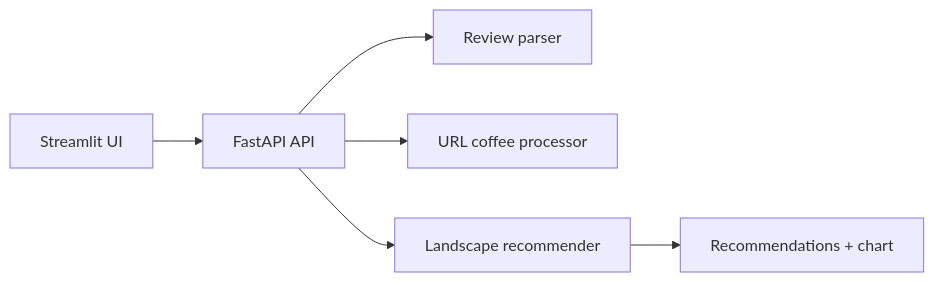
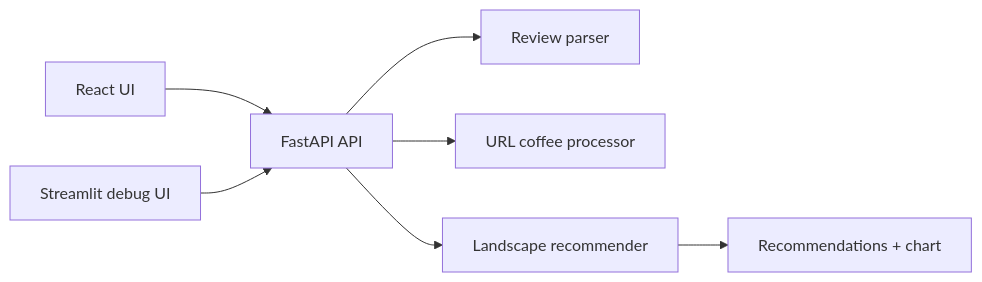
One commit to hussainios/coffee-recommender changed the diagram in README.md. Above: the diagram before and after it, drawn with Mermaid. The commit also changed other lines of this file and 20 other files, not shown here.

````diff
--- a/README.md
+++ b/README.md
@@ -5,8 +5,9 @@
 ```mermaid
 flowchart LR
-    A["Streamlit UI"] --> B["FastAPI API"]
+    A["React UI"] --> B["FastAPI API"]
+    G["Streamlit debug UI"] --> B
     B --> C["Review parser"]
     B --> D["URL coffee processor"]
     B --> E["Landscape recommender"]
     E --> F["Recommendations + chart"]
 ```
````
